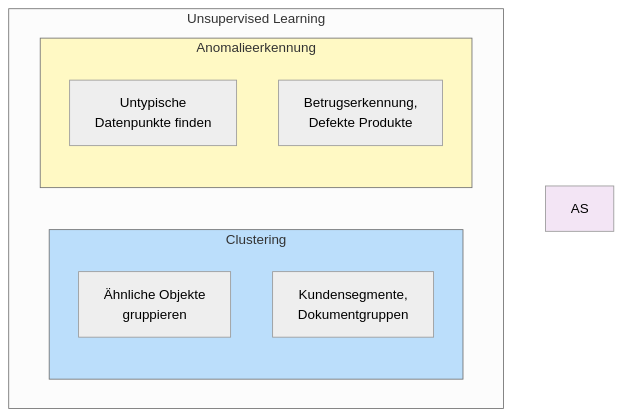
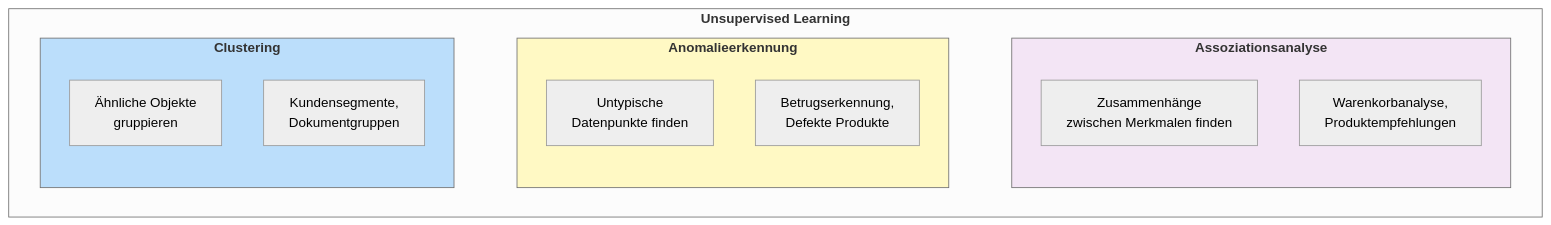
One commit to ralf-42/ML_Intro changed the ninth of 14 diagrams in docs/concepts/grundlagen/machine_learning_grundlagen.md. Above: the diagram before and after it, drawn with Mermaid (neutral theme). The commit also changed other lines of this file and 24 other files, not shown here.

````diff
--- a/docs/concepts/grundlagen/machine_learning_grundlagen.md
+++ b/docs/concepts/grundlagen/machine_learning_grundlagen.md
@@ -346,22 +341,27 @@
 ```mermaid
 flowchart TB
-    subgraph UL["Unsupervised Learning"]
+    subgraph UL["<b>Unsupervised Learning</b>"]
         direction LR
         
-        subgraph CL["Clustering"]
+        subgraph CL["<b>Clustering"]
             CL_DESC["Ähnliche Objekte<br/>gruppieren"]
             CL_EX["Kundensegmente,<br/>Dokumentgruppen"]
         end
         
-        subgraph AN["Anomalieerkennung"]
+        subgraph AN["<b>Anomalieerkennung"]
             AN_DESC["Untypische<br/>Datenpunkte finden"]
             AN_EX["Betrugserkennung,<br/>Defekte Produkte"]
         end
         
-
-    end
+		subgraph AS["<b>Assoziationsanalyse"]
+		    AS_DESC["Zusammenhänge<br/>zwischen Merkmalen finden"]
+		    AS_EX["Warenkorbanalyse,<br/>Produktempfehlungen"]
+		end
+	end
+	
+	CL ~~~ AN ~~~ AS
     
     style CL fill:#bbdefb
     style AN fill:#fff9c4
     style AS fill:#f3e5f5
 ```
````
